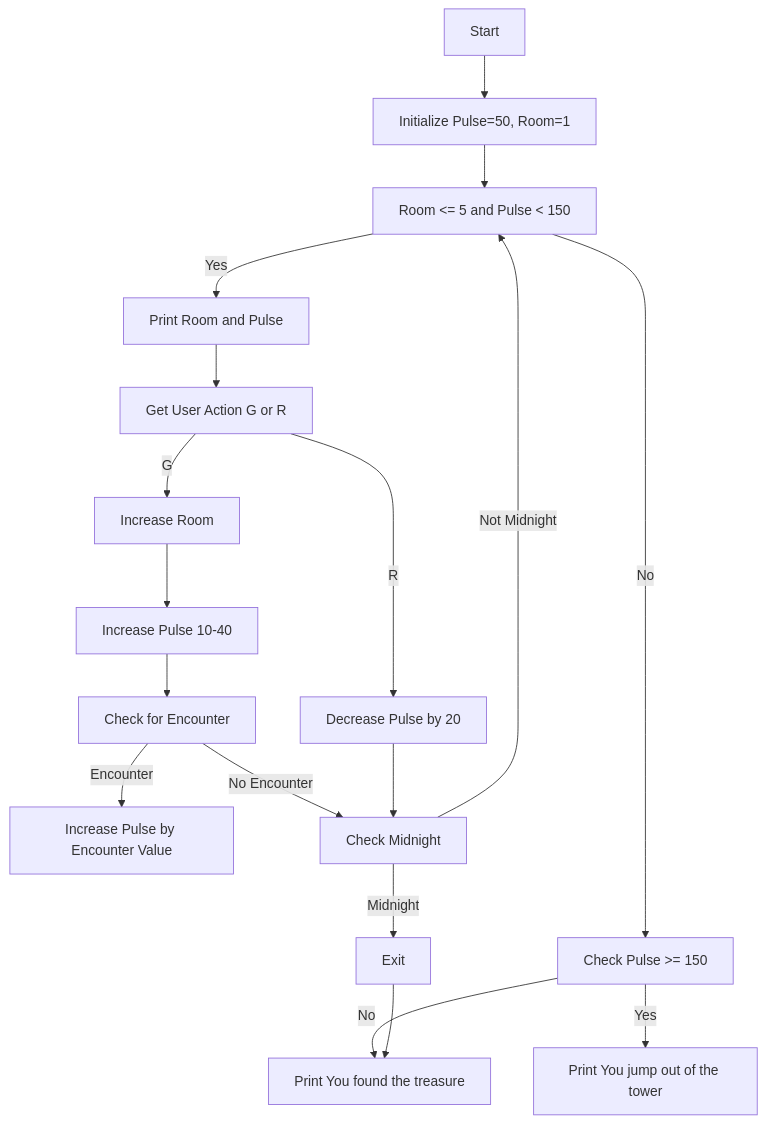
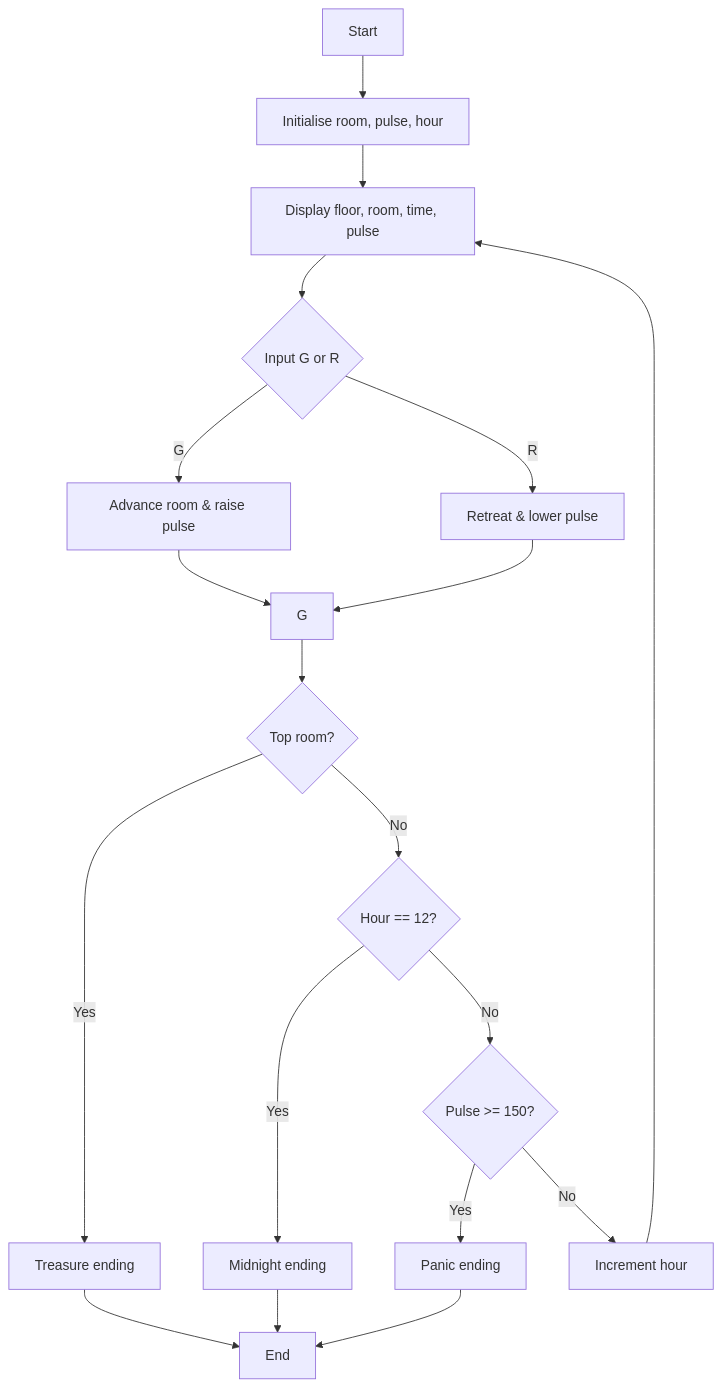
Before and after one commit to marcusjobb/UsborneBooks: the diagram in weird_computer_games/tower_of_terror.md, drawn with Mermaid. The commit also changed other lines of this file and 8 other files, not shown here.

````diff
--- a/weird_computer_games/tower_of_terror.md
+++ b/weird_computer_games/tower_of_terror.md
@@ -38,20 +35,21 @@
 ```mermaid
 flowchart TD
-    A[Start] --> B[Initialize Pulse=50, Room=1]
-    B --> C[Room <= 5 and Pulse < 150]
-    C -->|Yes| D[Print Room and Pulse]
-    D --> E[Get User Action G or R]
-    E -->|G| F[Increase Room]
-    F --> G[Increase Pulse 10-40]
-    G --> H[Check for Encounter]
-    H -->|Encounter| I[Increase Pulse by Encounter Value]
-    H -->|No Encounter| J[Check Midnight]
-    E -->|R| K[Decrease Pulse by 20]
-    K --> J
-    J -->|Not Midnight| C
-    J -->|Midnight| L[Exit]
-    C -->|No| M[Check Pulse >= 150]
-    M -->|Yes| N[Print You jump out of the tower]
-    M -->|No| O[Print You found the treasure]
-    L --> O
+    A[Start] --> B[Initialise room, pulse, hour]
+    B --> C[Display floor, room, time, pulse]
+    C --> D{Input G or R}
+    D -->|G| E[Advance room & raise pulse]
+    D -->|R| F[Retreat & lower pulse]
+    E --> G
+    F --> G
+    G --> H{Top room?}
+    H -->|Yes| I[Treasure ending]
+    H -->|No| J{Hour == 12?}
+    J -->|Yes| K[Midnight ending]
+    J -->|No| L{Pulse >= 150?}
+    L -->|Yes| M[Panic ending]
+    L -->|No| N[Increment hour]
+    N --> C
+    I --> O[End]
+    K --> O
+    M --> O
 ```
````
